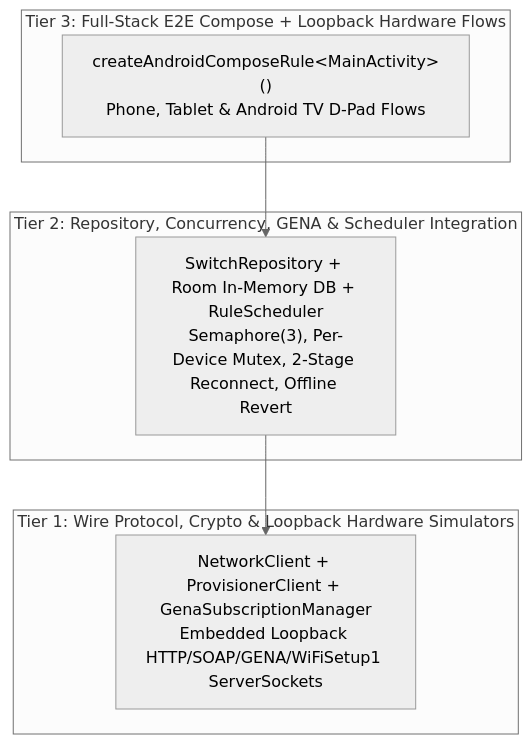
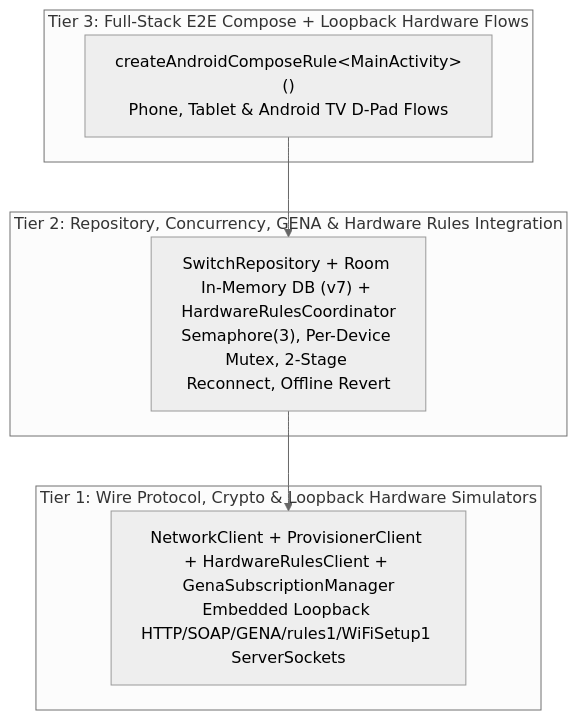
The diagram in .agents/skills/android-e2e-testing/SKILL.md (MichaelRHead/WeMi-light-control), drawn with Mermaid (neutral theme) before and after one commit. The commit also changed other lines of this file and 36 other files, not shown here.

````diff
--- a/.agents/skills/android-e2e-testing/SKILL.md
+++ b/.agents/skills/android-e2e-testing/SKILL.md
@@ -18,13 +18,13 @@
 ```mermaid
 flowchart TD
     subgraph Tier3["Tier 3: Full-Stack E2E Compose + Loopback Hardware Flows"]
         UI["createAndroidComposeRule&lt;MainActivity&gt;()\nPhone, Tablet & Android TV D-Pad Flows"]
     end
-    subgraph Tier2["Tier 2: Repository, Concurrency, GENA & Scheduler Integration"]
-        Repo["SwitchRepository + Room In-Memory DB + RuleScheduler\nSemaphore(3), Per-Device Mutex, 2-Stage Reconnect, Offline Revert"]
+    subgraph Tier2["Tier 2: Repository, Concurrency, GENA & Hardware Rules Integration"]
+        Repo["SwitchRepository + Room In-Memory DB (v7) + HardwareRulesCoordinator\nSemaphore(3), Per-Device Mutex, 2-Stage Reconnect, Offline Revert"]
     end
     subgraph Tier1["Tier 1: Wire Protocol, Crypto & Loopback Hardware Simulators"]
-        Net["NetworkClient + ProvisionerClient + GenaSubscriptionManager\nEmbedded Loopback HTTP/SOAP/GENA/WiFiSetup1 ServerSockets"]
+        Net["NetworkClient + ProvisionerClient + HardwareRulesClient + GenaSubscriptionManager\nEmbedded Loopback HTTP/SOAP/GENA/rules1/WiFiSetup1 ServerSockets"]
     end
     UI --> Repo --> Net
 ```
````
